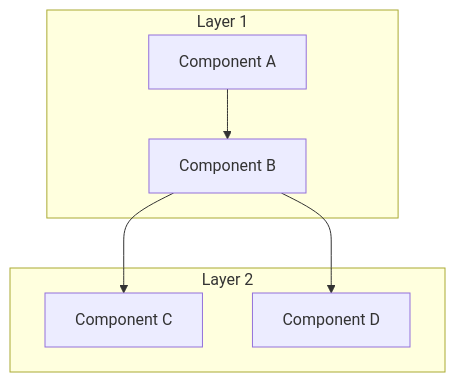
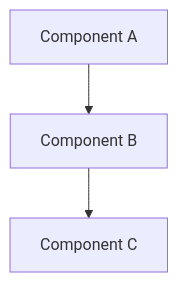
Before and after one commit to acking-you/myclaude-skills: the first of 3 diagrams in skills/tech-design-doc/SKILL.md, drawn with Mermaid. The commit also changed other lines of this file, not shown here.

````diff
--- a/skills/tech-design-doc/SKILL.md
+++ b/skills/tech-design-doc/SKILL.md
@@ -236,10 +138,5 @@
 ```mermaid
 flowchart TD
-    subgraph "Layer 1"
-        A[Component A] --> B[Component B]
-    end
-    subgraph "Layer 2"
-        B --> C[Component C]
-        B --> D[Component D]
-    end
+    A[Component A] --> B[Component B]
+    B --> C[Component C]
 ```
````
